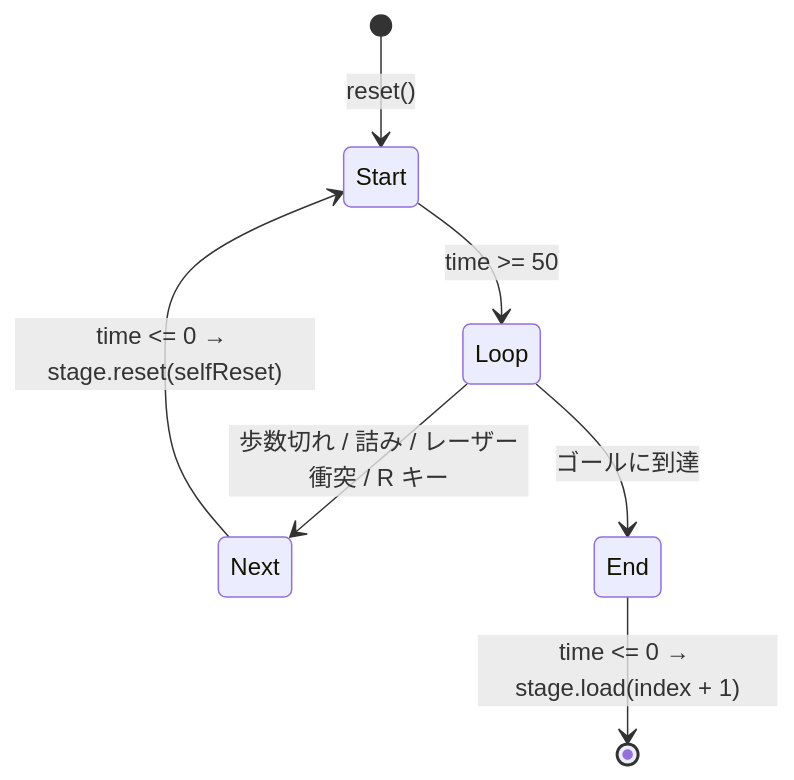
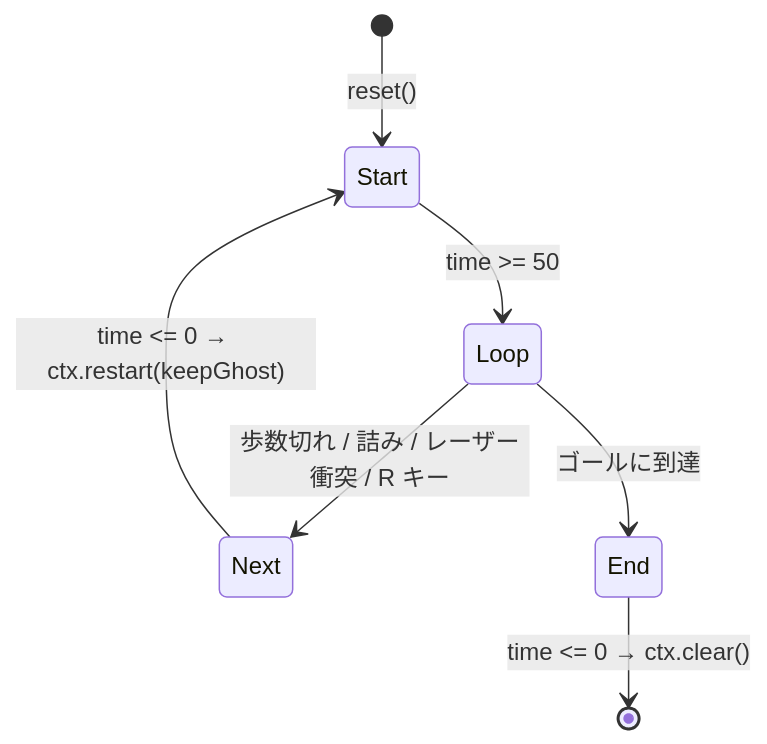
Before and after one commit to Asynchronous-0x4C/LoopCut: the second of 2 diagrams in dev-docs/01-architecture.md, drawn with Mermaid. The commit also changed other lines of this file and 18 other files, not shown here.

````diff
--- a/dev-docs/01-architecture.md
+++ b/dev-docs/01-architecture.md
@@ -78,9 +103,9 @@
 ```mermaid
 stateDiagram-v2
   [*] --> Start: reset()
   Start --> Loop: time >= 50
   Loop --> Next: 歩数切れ / 詰み / レーザー衝突 / R キー
   Loop --> End: ゴールに到達
-  Next --> Start: time <= 0 → stage.reset(selfReset)
-  End --> [*]: time <= 0 → stage.load(index + 1)
+  Next --> Start: time <= 0 → ctx.restart(keepGhost)
+  End --> [*]: time <= 0 → ctx.clear()
 ```
````
